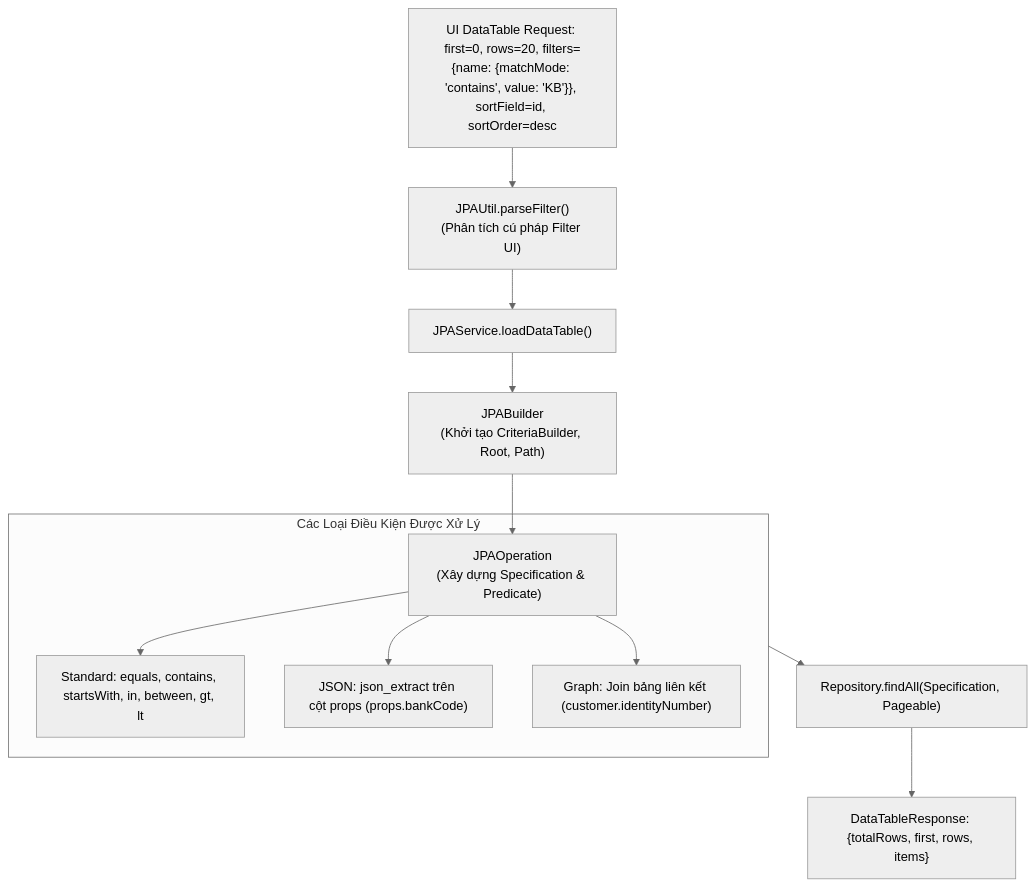
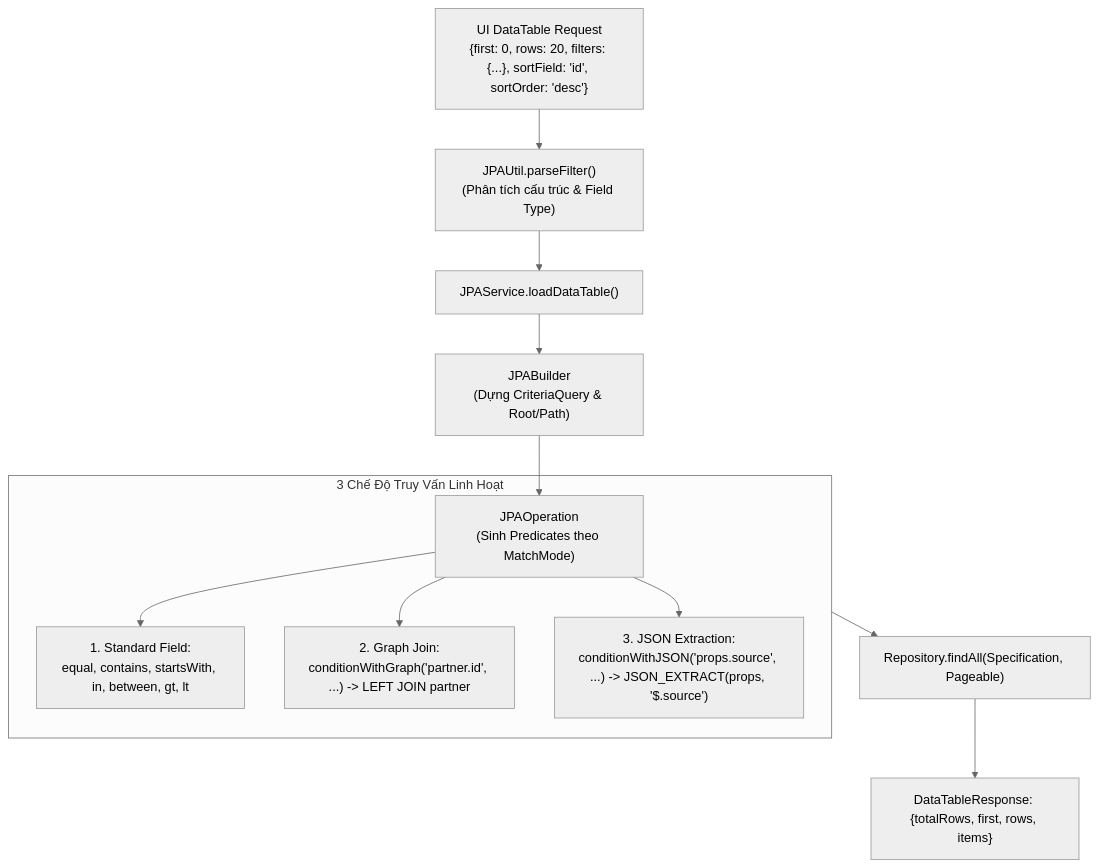
Before and after one commit to TienDat-Vna/note_book: the sixth of 8 diagrams in 02_BASE_AND_CONFIG_ARCHITECTURE_ANALYSIS.md, drawn with Mermaid (neutral theme). The commit also changed other lines of this file and 93 other files, not shown here.

````diff
--- a/02_BASE_AND_CONFIG_ARCHITECTURE_ANALYSIS.md
+++ b/02_BASE_AND_CONFIG_ARCHITECTURE_ANALYSIS.md
@@ -207,16 +399,16 @@
 ```mermaid
 flowchart TD
-    UIReq["UI DataTable Request: first=0, rows=20, filters={name: {matchMode: 'contains', value: 'KB'}}, sortField=id, sortOrder=desc"] --> JPAUtil["JPAUtil.parseFilter()<br/>(Phân tích cú pháp Filter UI)"]
+    UIReq["UI DataTable Request<br/>{first: 0, rows: 20, filters: {...}, sortField: 'id', sortOrder: 'desc'}"] --> JPAUtil["JPAUtil.parseFilter()<br/>(Phân tích cấu trúc & Field Type)"]
     JPAUtil --> JPASrv["JPAService.loadDataTable()"]
-    JPASrv --> JPABuild["JPABuilder<br/>(Khởi tạo CriteriaBuilder, Root, Path)"]
-    JPABuild --> JPAOp["JPAOperation<br/>(Xây dựng Specification & Predicate)"]
+    JPASrv --> JPABuild["JPABuilder<br/>(Dựng CriteriaQuery & Root/Path)"]
+    JPABuild --> JPAOp["JPAOperation<br/>(Sinh Predicates theo MatchMode)"]
     
-    subgraph OperationTypes["Các Loại Điều Kiện Được Xử Lý"]
-        JPAOp --> Op1["Standard: equals, contains, startsWith, in, between, gt, lt"]
-        JPAOp --> Op2["JSON: json_extract trên cột props (props.bankCode)"]
-        JPAOp --> Op3["Graph: Join bảng liên kết (customer.identityNumber)"]
+    subgraph Operations["3 Chế Độ Truy Vấn Linh Hoạt"]
+        JPAOp --> Op1["1. Standard Field:<br/>equal, contains, startsWith, in, between, gt, lt"]
+        JPAOp --> Op2["2. Graph Join:<br/>conditionWithGraph('partner.id', ...) -> LEFT JOIN partner"]
+        JPAOp --> Op3["3. JSON Extraction:<br/>conditionWithJSON('props.source', ...) -> JSON_EXTRACT(props, '$.source')"]
     end
     
-    OperationTypes --> Exec["Repository.findAll(Specification, Pageable)"]
+    Operations --> Exec["Repository.findAll(Specification, Pageable)"]
     Exec --> Out["DataTableResponse: {totalRows, first, rows, items}"]
 ```
````
